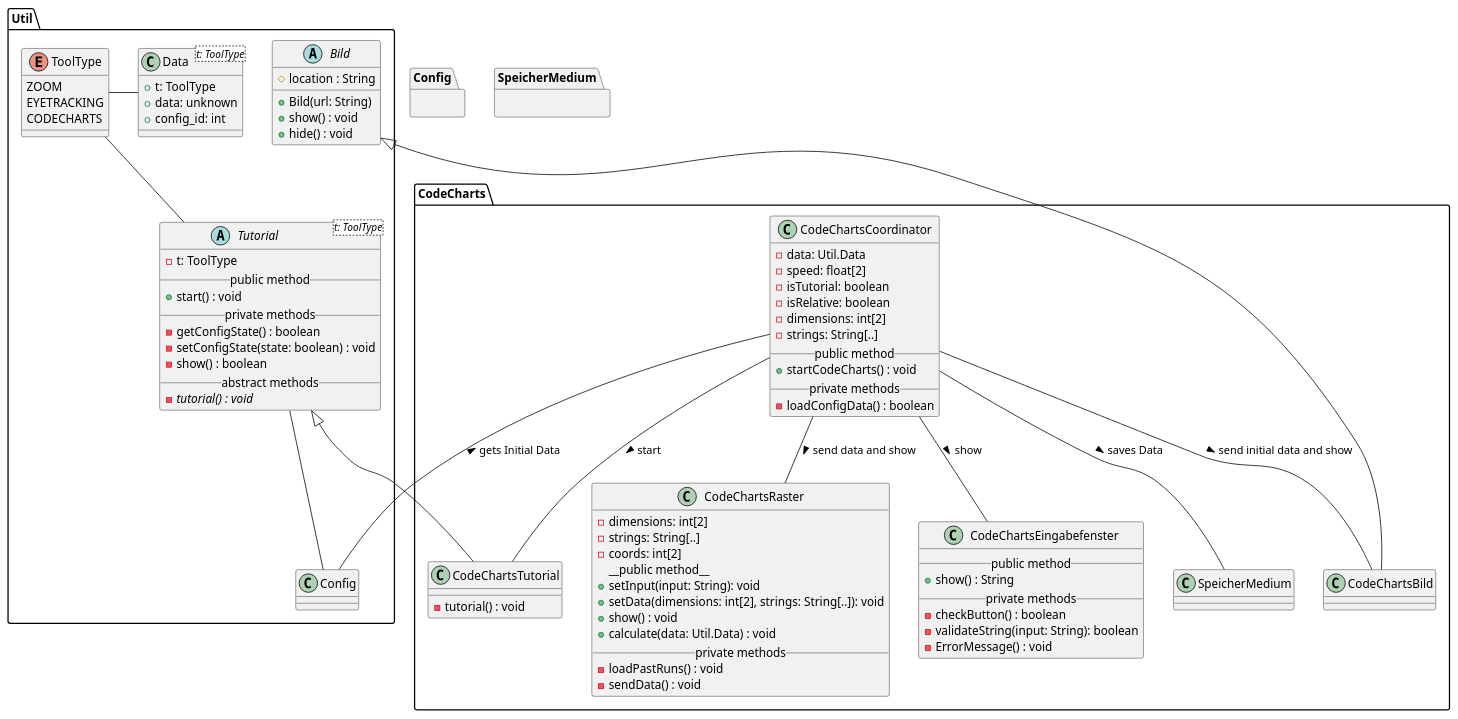
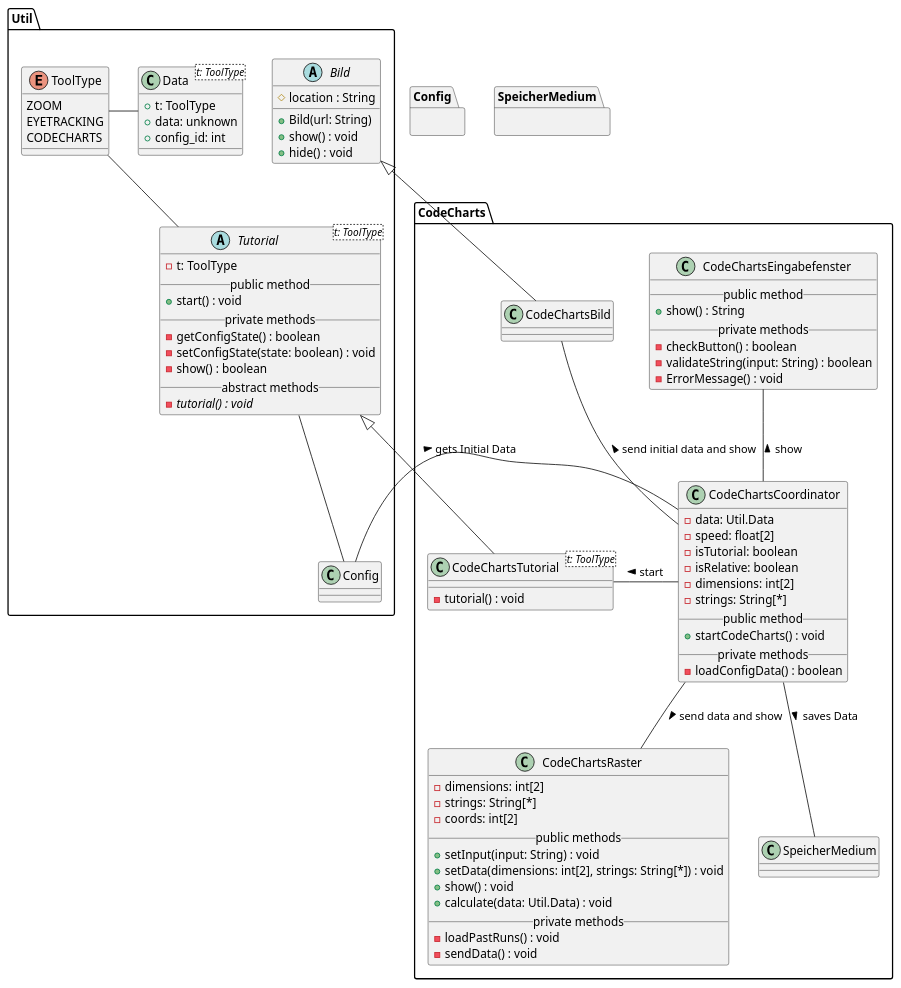
Before and after one commit to weichware10/meilensteine: the diagram in meilenstein_03/uml-code_charts/code_charts.puml, drawn with PlantUML. The commit also changed 1 other file, not shown here.

```diff
--- a/meilenstein_03/uml-code_charts/code_charts.puml
+++ b/meilenstein_03/uml-code_charts/code_charts.puml
@@ -1,120 +1,121 @@
 @startuml code_charts
 ' skinparam backgroundColor transparent
 '() System #DA70D5
 top to bottom direction
 
 package Util {
     ' --- TUTORIAL ---
     abstract Tutorial<t: ToolType> {
-      - t: ToolType
-      __public method__
-      + start() : void
-      __private methods__
-      - getConfigState() : boolean
-      - setConfigState(state: boolean) : void
-      - show() : boolean
-      __abstract methods__
-      - {abstract} tutorial() : void
+        - t: ToolType
+        __public method__
+        + start() : void
+        __private methods__
+        - getConfigState() : boolean
+        - setConfigState(state: boolean) : void
+        - show() : boolean
+        __abstract methods__
+        - {abstract} tutorial() : void
     }
 
     enum ToolType {
         ZOOM
         EYETRACKING
         CODECHARTS
     }
 
     ' Interaktionen
     Tutorial -u- ToolType
     Data -r- ToolType
     Tutorial -d- Config
 
 
     ' --- BILD ---
 
     abstract Bild {
         # location : String
         + Bild(url: String)
         + show() : void
         + hide() : void
     }
 
     class Data<t: ToolType> {
         + t: ToolType
         + data: unknown
         + config_id: int
     }
 }
 
 ' === CODE CHARTS ===
 package CodeCharts {
 
-    ' CodeCharts Tutorial 
-    class CodeChartsTutorial {
-      - tutorial() : void
+    ' CodeCharts Tutorial
+    class CodeChartsTutorial<t: ToolType> {
+        - tutorial() : void
     }
-  
+
     ' CodeCharts Coordinator
     class CodeChartsCoordinator {
         - data: Util.Data
         - speed: float[2]
         - isTutorial: boolean
         - isRelative: boolean
         - dimensions: int[2]
-        - strings: String[..]
+        - strings: String[*]
         __public method__
         + startCodeCharts() : void
         __private methods__
         - loadConfigData() : boolean
-    }    
+    }
 
     ' CodeCharts Bild
-    class CodeChartsBild {
-    }
+    class CodeChartsBild
 
     ' CodeCharts Raster
     class CodeChartsRaster {
         - dimensions: int[2]
-        - strings: String[..]
+        - strings: String[*]
         - coords: int[2]
-        __public method__ 
-        + setInput(input: String): void
-        + setData(dimensions: int[2], strings: String[..]): void
+        __public methods__
+        + setInput(input: String) : void
+        + setData(dimensions: int[2], strings: String[*]) : void
         + show() : void
         + calculate(data: Util.Data) : void
         __private methods__
         - loadPastRuns() : void
         - sendData() : void
     }
 
     ' CodeCharts Eingabefenster
     class CodeChartsEingabefenster {
         __public method__
         + show() : String
         __private methods__
         - checkButton() : boolean
-        - validateString(input: String): boolean
+        - validateString(input: String) : boolean
         - ErrorMessage() : void
     }
 
     ' Vererbungen
-    Bild <|-d- CodeChartsBild
-    Tutorial <|-d- CodeChartsTutorial
+    Bild <|-- CodeChartsBild
+    Tutorial <|-- CodeChartsTutorial
 
-    ' Interaktionen 
-    CodeChartsCoordinator -- CodeChartsBild : > send initial data and show
-    CodeChartsCoordinator -- CodeChartsRaster : > send data and show
-    CodeChartsCoordinator -- CodeChartsEingabefenster : > show
-    CodeChartsCoordinator -- CodeChartsTutorial : > start
+    ' Interaktionen
+    CodeChartsCoordinator -u- CodeChartsBild : > send initial data and show
+    CodeChartsCoordinator -d- CodeChartsRaster : > send data and show
+    CodeChartsCoordinator -u- CodeChartsEingabefenster : > show
+    CodeChartsCoordinator -r- CodeChartsTutorial : > start
+
+
 
     ' Andere Module
-    CodeChartsCoordinator -- SpeicherMedium : > saves Data
+    CodeChartsCoordinator -d- SpeicherMedium : > saves Data
     CodeChartsCoordinator -- Config : < gets Initial Data
-  
+
 }
 
 ' Blackboxen / Andere Module
 package Config {}
 
 package SpeicherMedium {}
 
 @enduml
```
